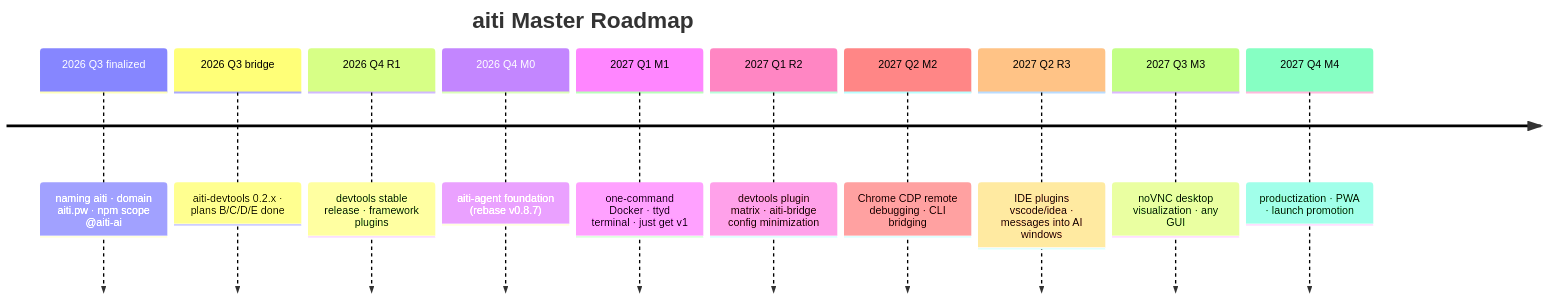
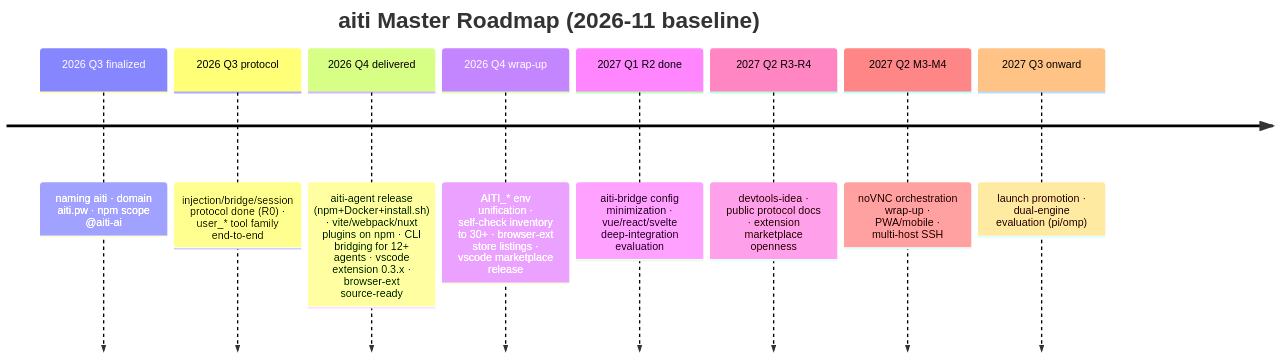
The diagram in docs/en/roadmaps/master-plan.md (aiti-ai/aiti-docs), drawn with Mermaid before and after one commit. The commit also changed other lines of this file and 9 other files, not shown here.

````diff
--- a/docs/en/roadmaps/master-plan.md
+++ b/docs/en/roadmaps/master-plan.md
@@ -74,14 +77,12 @@
 ```mermaid
 timeline
-    title aiti Master Roadmap
+    title aiti Master Roadmap (2026-11 baseline)
     2026 Q3 finalized : naming aiti · domain aiti.pw · npm scope @aiti-ai
-    2026 Q3 bridge    : aiti-devtools 0.2.x · plans B/C/D/E done
-    2026 Q4 R1 : devtools stable release · framework plugins
-    2026 Q4 M0 : aiti-agent foundation (rebase v0.8.7)
-    2027 Q1 M1 : one-command Docker · ttyd terminal · just get v1
-    2027 Q1 R2 : devtools plugin matrix · aiti-bridge config minimization
-    2027 Q2 M2 : Chrome CDP remote debugging · CLI bridging
-    2027 Q2 R3 : IDE plugins vscode/idea · messages into AI windows
-    2027 Q3 M3 : noVNC desktop visualization · any GUI
-    2027 Q4 M4 : productization · PWA · launch promotion
+    2026 Q3 protocol  : injection/bridge/session protocol done (R0) · user_* tool family end-to-end
+    2026 Q4 delivered : aiti-agent release (npm+Docker+install.sh) · vite/webpack/nuxt plugins on npm · CLI bridging for 12+ agents · vscode extension 0.3.x · browser-ext source-ready
+    2026 Q4 wrap-up   : AITI_* env unification · self-check inventory to 30+ · browser-ext store listings · vscode marketplace release
+    2027 Q1 R2 done   : aiti-bridge config minimization · vue/react/svelte deep-integration evaluation
+    2027 Q2 R3-R4     : devtools-idea · public protocol docs · extension marketplace openness
+    2027 Q2 M3-M4     : noVNC orchestration wrap-up · PWA/mobile · multi-host SSH
+    2027 Q3 onward    : launch promotion · dual-engine evaluation (pi/omp)
 ```
````
